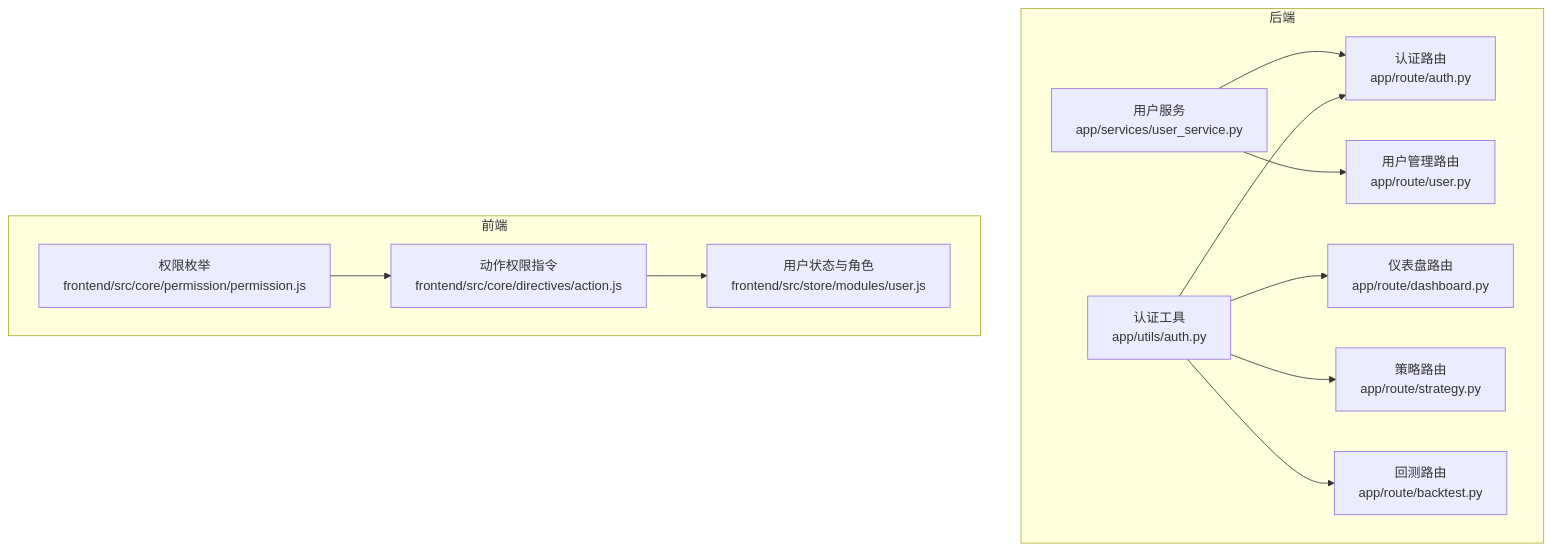
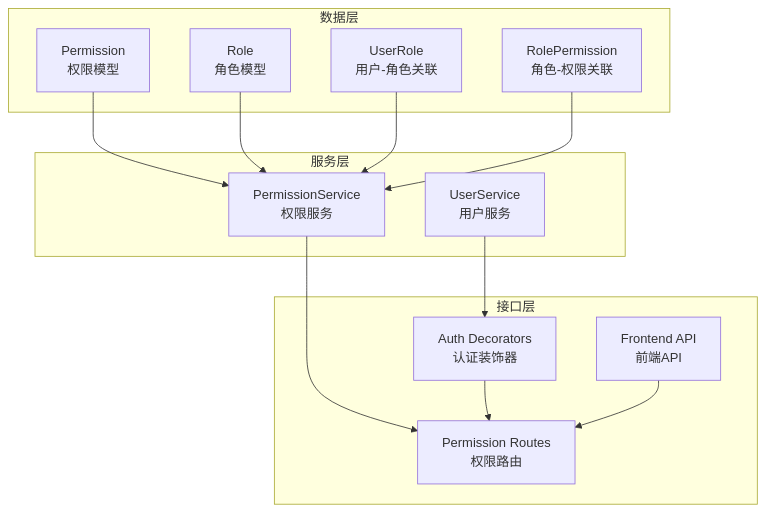
The first of 3 diagrams in .qoder/repowiki/zh/content/核心功能模块/用户管理与商业化/用户权限管理.md (joezxh/QuantDinger), drawn with Mermaid before and after one commit. The commit also changed other lines of this file and 27 other files, not shown here.

````diff
--- a/.qoder/repowiki/zh/content/核心功能模块/用户管理与商业化/用户权限管理.md
+++ b/.qoder/repowiki/zh/content/核心功能模块/用户管理与商业化/用户权限管理.md
@@ -41,25 +52,26 @@
 ```mermaid
 graph TB
-subgraph "后端"
-A["认证工具<br/>app/utils/auth.py"]
-B["用户服务<br/>app/services/user_service.py"]
-C["认证路由<br/>app/route/auth.py"]
-D["用户管理路由<br/>app/route/user.py"]
-E["仪表盘路由<br/>app/route/dashboard.py"]
-F["策略路由<br/>app/route/strategy.py"]
-G["回测路由<br/>app/route/backtest.py"]
+subgraph "数据层"
+A["Permission<br/>权限模型"]
+B["Role<br/>角色模型"]
+C["UserRole<br/>用户-角色关联"]
+D["RolePermission<br/>角色-权限关联"]
 end
-subgraph "前端"
-H["权限枚举<br/>frontend/src/core/permission/permission.js"]
-I["动作权限指令<br/>frontend/src/core/directives/action.js"]
-J["用户状态与角色<br/>frontend/src/store/modules/user.js"]
+subgraph "服务层"
+E["PermissionService<br/>权限服务"]
+F["UserService<br/>用户服务"]
 end
-A --> C
-B --> C
-B --> D
+subgraph "接口层"
+G["Permission Routes<br/>权限路由"]
+H["Auth Decorators<br/>认证装饰器"]
+I["Frontend API<br/>前端API"]
+end
 A --> E
-A --> F
-A --> G
-H --> I
-I --> J
+B --> E
+C --> E
+D --> E
+E --> G
+F --> H
+H --> G
+I --> G
 ```
````
